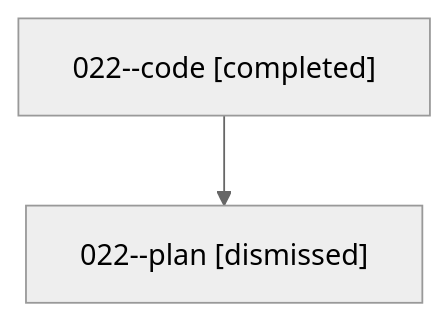
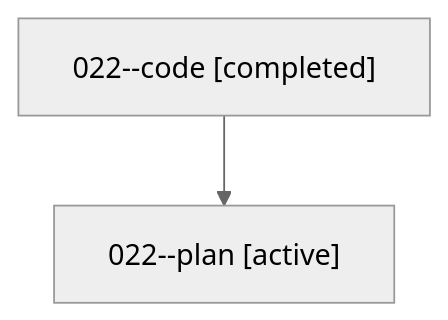
The diagram in families/bbugyi200.athena.022.md (bobs-org/bob-cli--agents), drawn with Mermaid (neutral theme) before and after one commit. The commit also changed other lines of this file and 1279 other files, not shown here.

````diff
--- a/families/bbugyi200.athena.022.md
+++ b/families/bbugyi200.athena.022.md
@@ -9,6 +9,6 @@
 ```mermaid
 flowchart TD
   n0["022--code [completed]"]
-  n1["022--plan [dismissed]"]
+  n1["022--plan [active]"]
   n0 --> n1
 ```
````
